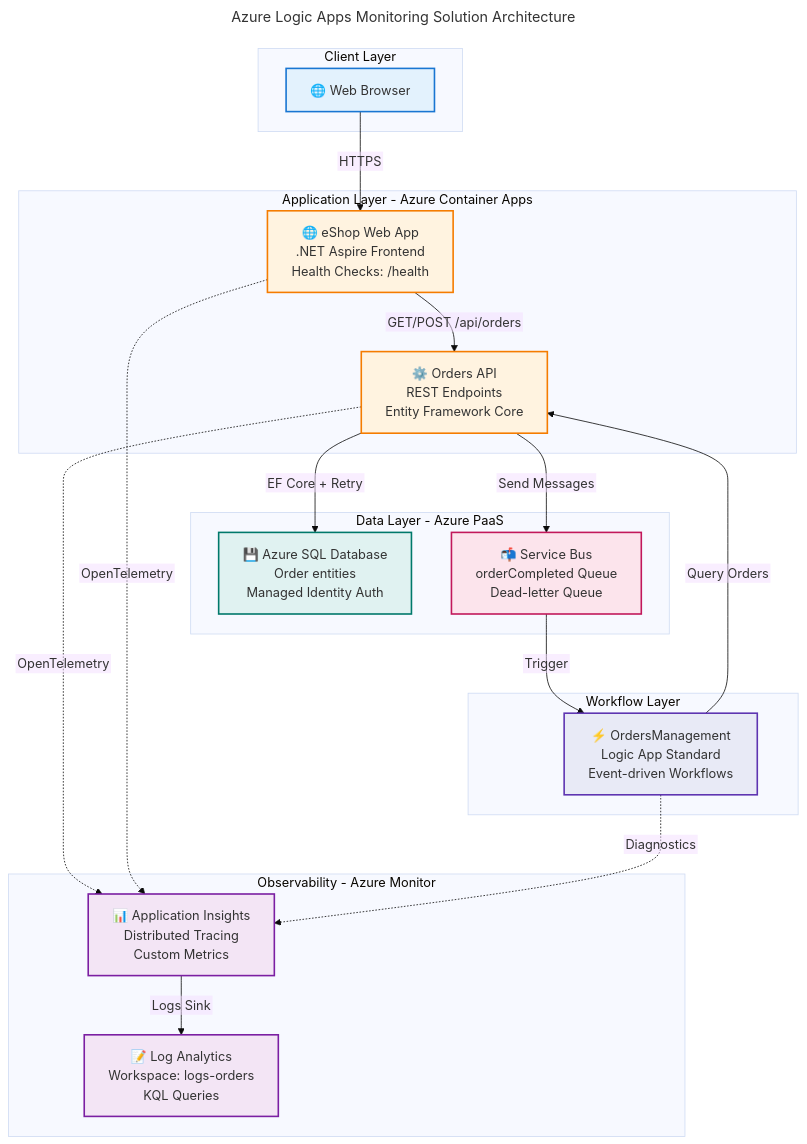
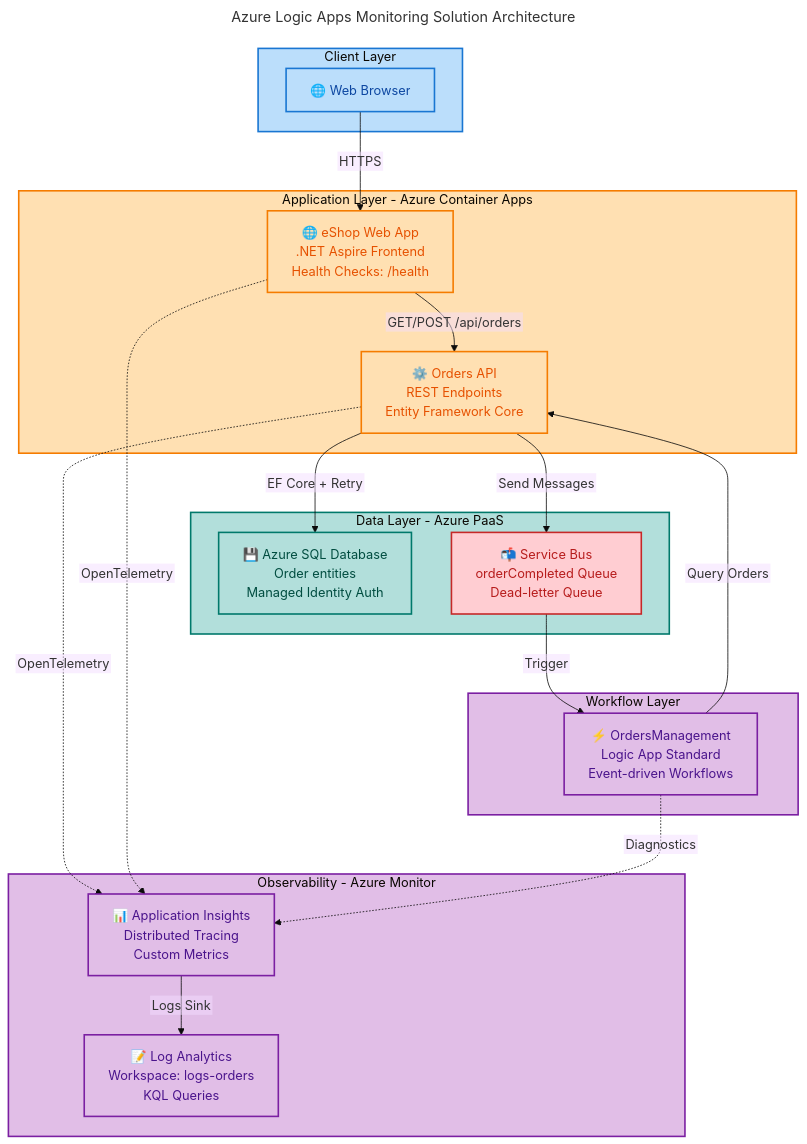
One commit to Evilazaro/Azure-LogicApps-Monitoring changed the diagram in README.md. Above: the diagram before and after it, drawn with Mermaid.

Commit message:
docs: enhance flowchart structure and styling for improved clarity and semantic color coding

````diff
--- a/README.md
+++ b/README.md
@@ -92,56 +92,69 @@
 ```mermaid
 ---
 title: "Azure Logic Apps Monitoring Solution Architecture"
 config:
   theme: base
   flowchart:
     htmlLabels: false
 ---
 graph TB
     accTitle: Azure Logic Apps Monitoring Solution Architecture
     accDescr: Shows layered microservices architecture with Client Layer, Application Layer, Workflow Layer, Data Layer, and Observability components with their interactions
 
-    subgraph "Client Layer"
-        Client["🌐 Web Browser"]
+    subgraph clientLayer["Client Layer"]
+        Client["🌐 Web Browser"]:::clientColor
     end
 
-    subgraph "Application Layer - Azure Container Apps"
-        WebApp["🌐 eShop Web App<br/>.NET Aspire Frontend<br/>Health Checks: /health"]
-        OrdersAPI["⚙️ Orders API<br/>REST Endpoints<br/>Entity Framework Core"]
+    subgraph appLayer["Application Layer - Azure Container Apps"]
+        WebApp["🌐 eShop Web App<br/>.NET Aspire Frontend<br/>Health Checks: /health"]:::apiColor
+        OrdersAPI["⚙️ Orders API<br/>REST Endpoints<br/>Entity Framework Core"]:::apiColor
     end
 
-    subgraph "Workflow Layer"
-        LogicApp["⚡ OrdersManagement<br/>Logic App Standard<br/>Event-driven Workflows"]
+    subgraph workflowLayer["Workflow Layer"]
+        LogicApp["⚡ OrdersManagement<br/>Logic App Standard<br/>Event-driven Workflows"]:::workflowColor
     end
 
-    subgraph "Data Layer - Azure PaaS"
-        SQL["💾 Azure SQL Database<br/>Order entities<br/>Managed Identity Auth"]
-        ServiceBus["📬 Service Bus<br/>orderCompleted Queue<br/>Dead-letter Queue"]
+    subgraph dataLayer["Data Layer - Azure PaaS"]
+        SQL["💾 Azure SQL Database<br/>Order entities<br/>Managed Identity Auth"]:::dataColor
+        ServiceBus["📬 Service Bus<br/>orderCompleted Queue<br/>Dead-letter Queue"]:::messagingColor
     end
 
-    subgraph "Observability - Azure Monitor"
-        AppInsights["📊 Application Insights<br/>Distributed Tracing<br/>Custom Metrics"]
-        LogAnalytics["📝 Log Analytics<br/>Workspace: logs-orders<br/>KQL Queries"]
+    subgraph observability["Observability - Azure Monitor"]
+        AppInsights["📊 Application Insights<br/>Distributed Tracing<br/>Custom Metrics"]:::observabilityColor
+        LogAnalytics["📝 Log Analytics<br/>Workspace: logs-orders<br/>KQL Queries"]:::observabilityColor
     end
 
     Client -->|HTTPS| WebApp
     WebApp -->|"GET/POST /api/orders"| OrdersAPI
     OrdersAPI -->|"EF Core + Retry"| SQL
     OrdersAPI -->|"Send Messages"| ServiceBus
     ServiceBus -->|Trigger| LogicApp
     LogicApp -->|Query Orders| OrdersAPI
 
     OrdersAPI -.->|OpenTelemetry| AppInsights
     WebApp -.->|OpenTelemetry| AppInsights
     LogicApp -.->|Diagnostics| AppInsights
     AppInsights -->|Logs Sink| LogAnalytics
 
-    style Client fill:#E3F2FD,stroke:#1976D2,stroke-width:2px
-    style WebApp fill:#FFF3E0,stroke:#F57C00,stroke-width:2px
-    style OrdersAPI fill:#FFF3E0,stroke:#F57C00,stroke-width:2px
-    style LogicApp fill:#E8EAF6,stroke:#5E35B1,stroke-width:2px
-    style SQL fill:#E0F2F1,stroke:#00796B,stroke-width:2px
-    style ServiceBus fill:#FCE4EC,stroke:#C2185B,stroke-width:2px
-    style AppInsights fill:#F3E5F5,stroke:#7B1FA2,stroke-width:2px
-    style LogAnalytics fill:#F3E5F5,stroke:#7B1FA2,stroke-width:2px
+    %% Semantic color definitions (Microsoft Fluent UI / Azure palette)
+    classDef clientColor fill:#BBDEFB,stroke:#1976D2,stroke-width:2px,color:#0D47A1
+    classDef apiColor fill:#FFE0B2,stroke:#F57C00,stroke-width:2px,color:#E65100
+    classDef workflowColor fill:#E1BEE7,stroke:#7B1FA2,stroke-width:2px,color:#4A148C
+    classDef dataColor fill:#B2DFDB,stroke:#00796B,stroke-width:2px,color:#004D40
+    classDef messagingColor fill:#FFCDD2,stroke:#C62828,stroke-width:2px,color:#B71C1C
+    classDef observabilityColor fill:#E1BEE7,stroke:#7B1FA2,stroke-width:2px,color:#4A148C
+
+    %% Subgraph styling
+    style clientLayer fill:#BBDEFB,stroke:#1976D2,stroke-width:2px
+    style appLayer fill:#FFE0B2,stroke:#F57C00,stroke-width:2px
+    style workflowLayer fill:#E1BEE7,stroke:#7B1FA2,stroke-width:2px
+    style dataLayer fill:#B2DFDB,stroke:#00796B,stroke-width:2px
+    style observability fill:#E1BEE7,stroke:#7B1FA2,stroke-width:2px
+
+    %% Color Palette Reference (Microsoft Fluent UI / Azure):
+    %% azureBlue (#BBDEFB): Client/User interfaces
+    %% azureOrange (#FFE0B2): API/Application services
+    %% azurePurple (#E1BEE7): Workflow/Logic orchestration & Observability
+    %% azureTeal (#B2DFDB): Data storage/persistence
+    %% azureRed (#FFCDD2): Messaging/Communication
 ```
````
